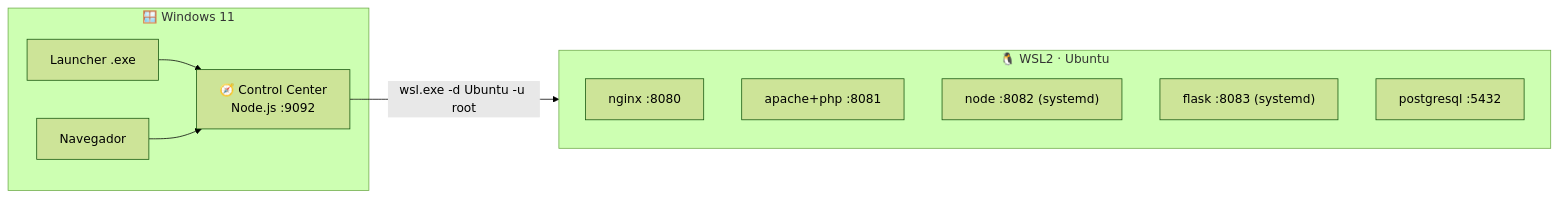
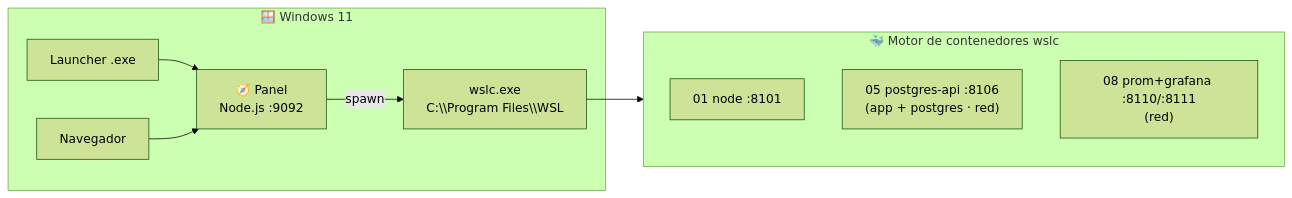
Before and after one commit to vladimiracunadev-create/wsl-labs: the second of 2 diagrams in docs/DASHBOARD_SETUP.md, drawn with Mermaid (forest theme). The commit also changed other lines of this file and 90 other files, not shown here.

````diff
--- a/docs/DASHBOARD_SETUP.md
+++ b/docs/DASHBOARD_SETUP.md
@@ -40,18 +39,18 @@
 ```mermaid
 flowchart LR
     subgraph WIN["🪟 Windows 11"]
         L["Launcher .exe"]
         B["Navegador"]
-        D["🧭 Control Center<br/>Node.js :9092"]
+        D["🧭 Panel<br/>Node.js :9092"]
+        WSLC["wslc.exe<br/>C:\\Program Files\\WSL"]
     end
-    subgraph WSL["🐧 WSL2 · Ubuntu"]
-        N["nginx :8080"]
-        A["apache+php :8081"]
-        NO["node :8082 (systemd)"]
-        P["flask :8083 (systemd)"]
-        PG["postgresql :5432"]
+    subgraph ENGINE["🐳 Motor de contenedores wslc"]
+        C1["01 node :8101"]
+        C2["05 postgres-api :8106<br/>(app + postgres · red)"]
+        C3["08 prom+grafana :8110/:8111<br/>(red)"]
     end
     L --> D
     B --> D
-    D -->|wsl.exe -d Ubuntu -u root| WSL
+    D -->|spawn| WSLC
+    WSLC --> ENGINE
 ```
````
